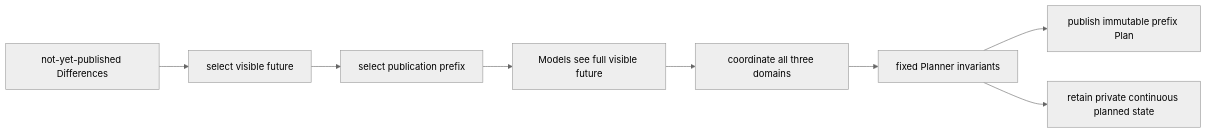
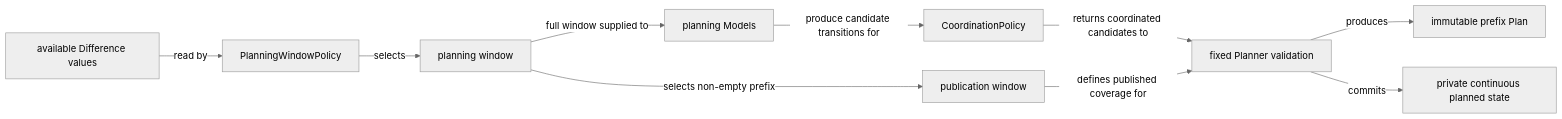
Diagram 12 of 12 in skyseed_v2/src/skyseed_v2/simulator/planning/README.md (seed-labs/skyseed), drawn with Mermaid (neutral theme) before and after one commit. The commit also changed other lines of this file and 145 other files, not shown here.

````diff
--- a/skyseed_v2/src/skyseed_v2/simulator/planning/README.md
+++ b/skyseed_v2/src/skyseed_v2/simulator/planning/README.md
@@ -302,10 +302,12 @@
 ```mermaid
 flowchart LR
-    D["not-yet-published Differences"] --> H["select visible future"]
-    H --> P["select publication prefix"]
-    P --> M["Models see full visible future"]
-    M --> C["coordinate all three domains"]
-    C --> V["fixed Planner invariants"]
-    V --> S["publish immutable prefix Plan"]
-    V --> R["retain private continuous planned state"]
+    D["available Difference values"] -->|read by| POLICY["PlanningWindowPolicy"]
+    POLICY -->|selects| W["planning window"]
+    W -->|selects non-empty prefix| P["publication window"]
+    W -->|full window supplied to| M["planning Models"]
+    M -->|produce candidate transitions for| C["CoordinationPolicy"]
+    C -->|returns coordinated candidates to| V["fixed Planner validation"]
+    P -->|defines published coverage for| V
+    V -->|produces| S["immutable prefix Plan"]
+    V -->|commits| R["private continuous planned state"]
 ```
````
